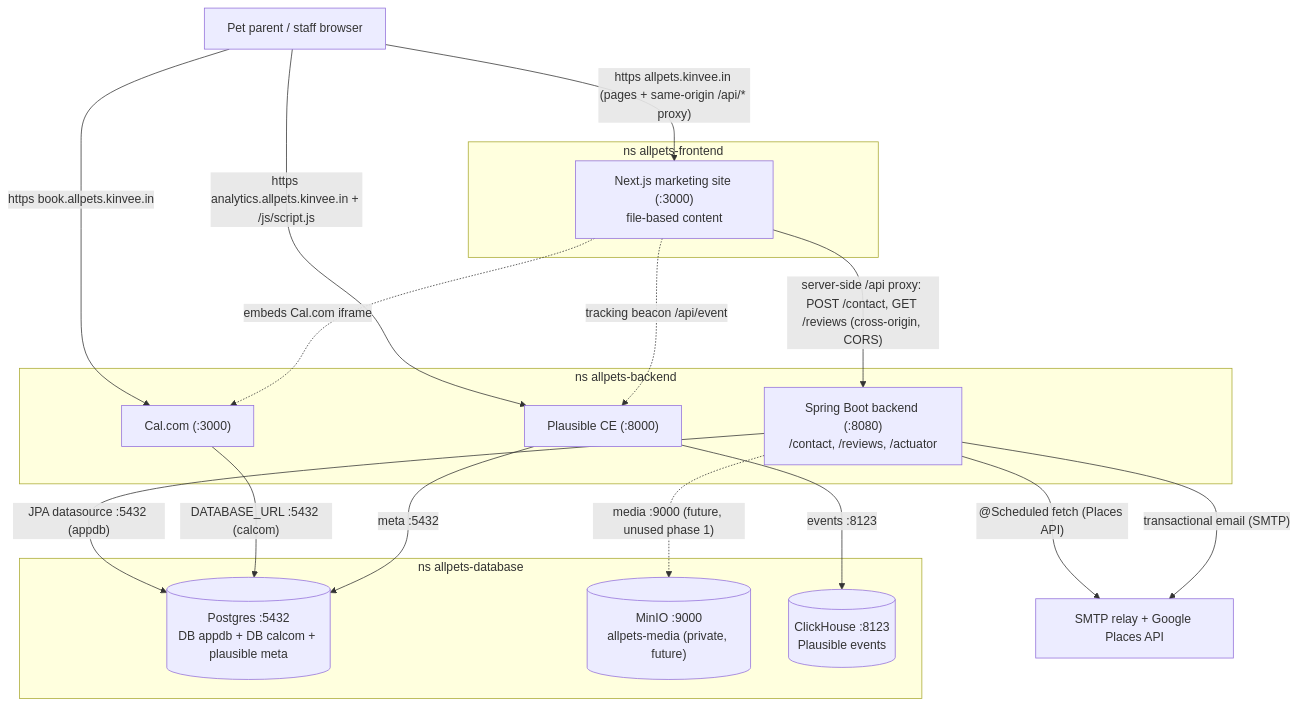
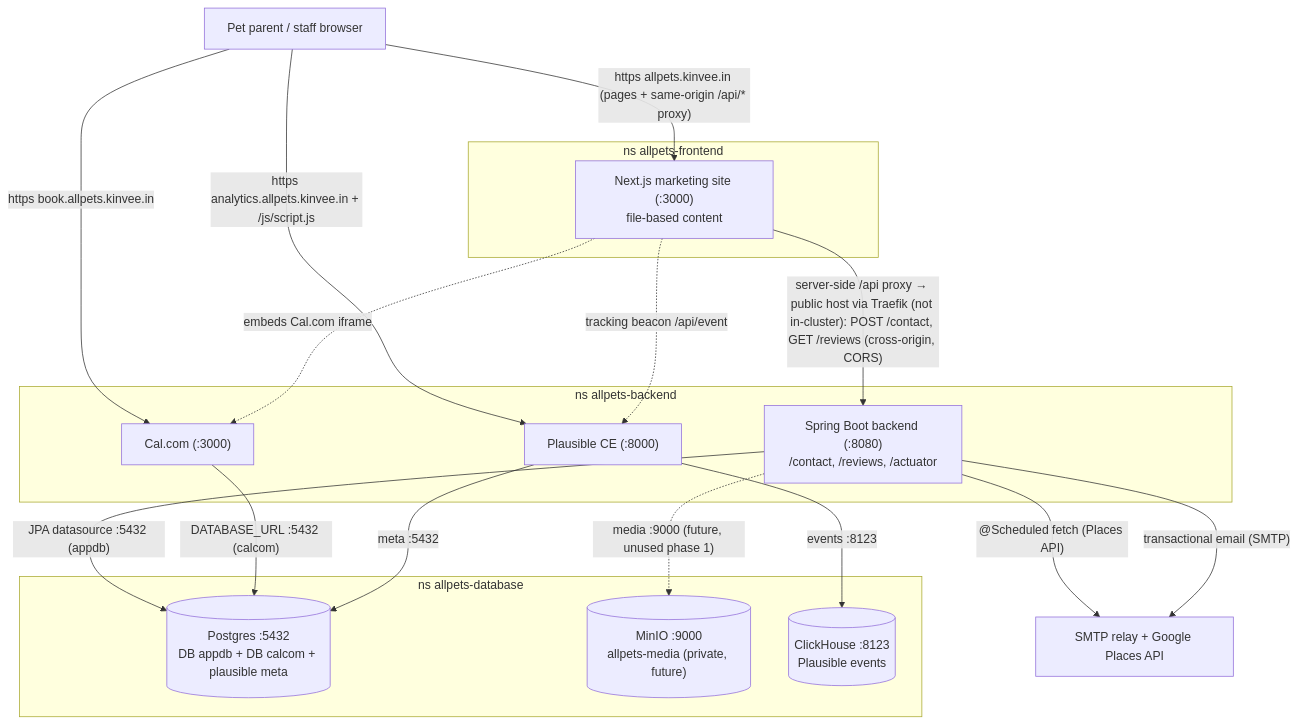
The diagram in planning/lld-backend.md (gimballock-1/allpets-backend), drawn with Mermaid before and after one commit.

Commit message:
docs(lld): clarify §2 diagram edge — proxy reaches API via public host/Traefik
Review nit: the site→api edge had no Traefik node, visually implying an
in-cluster pod→pod hop that the prose disavows. Label now states the proxy's
server-side fetch goes via the public host through Traefik, not in-cluster.

````diff
--- a/planning/lld-backend.md
+++ b/planning/lld-backend.md
@@ -36,35 +36,35 @@
 ```mermaid
 flowchart TB
     visitor["Pet parent / staff browser"]
 
     subgraph fe["ns allpets-frontend"]
         site["Next.js marketing site (:3000)<br/>file-based content"]
     end
     subgraph be["ns allpets-backend"]
         api["Spring Boot backend (:8080)<br/>/contact, /reviews, /actuator"]
         calcom["Cal.com (:3000)"]
         plausible["Plausible CE (:8000)"]
     end
     subgraph db["ns allpets-database"]
         pg[("Postgres :5432<br/>DB appdb + DB calcom + plausible meta")]
         minio[("MinIO :9000<br/>allpets-media (private, future)")]
         ch[("ClickHouse :8123<br/>Plausible events")]
     end
     external["SMTP relay + Google Places API"]
 
     visitor -->|"https allpets.kinvee.in (pages + same-origin /api/* proxy)"| site
-    site -->|"server-side /api proxy: POST /contact, GET /reviews (cross-origin, CORS)"| api
+    site -->|"server-side /api proxy → public host via Traefik (not in-cluster): POST /contact, GET /reviews (cross-origin, CORS)"| api
     visitor -->|"https book.allpets.kinvee.in"| calcom
     visitor -->|"https analytics.allpets.kinvee.in + /js/script.js"| plausible
 
     site -. "embeds Cal.com iframe" .-> calcom
     site -. "tracking beacon /api/event" .-> plausible
 
     api -->|"JPA datasource :5432 (appdb)"| pg
     api -. "media :9000 (future, unused phase 1)" .-> minio
     api -->|"@Scheduled fetch (Places API)"| external
     api -->|"transactional email (SMTP)"| external
     calcom -->|"DATABASE_URL :5432 (calcom)"| pg
     plausible -->|"meta :5432"| pg
     plausible -->|"events :8123"| ch
 ```
````
